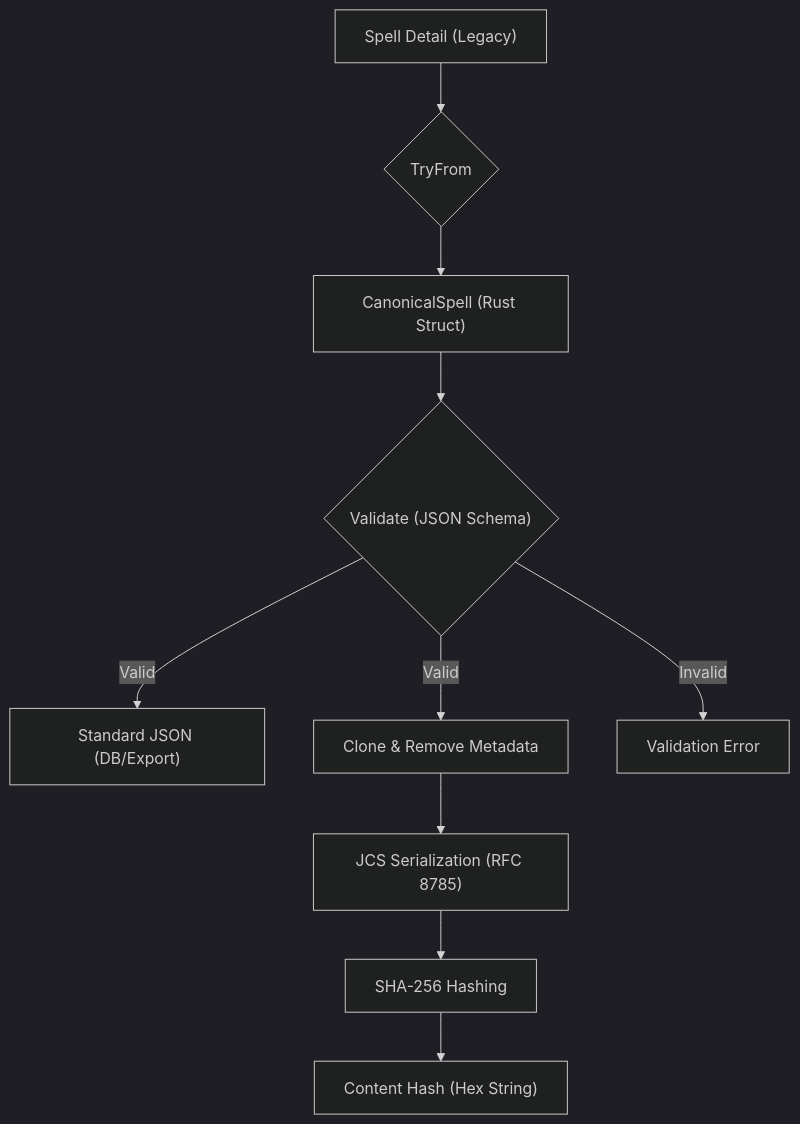
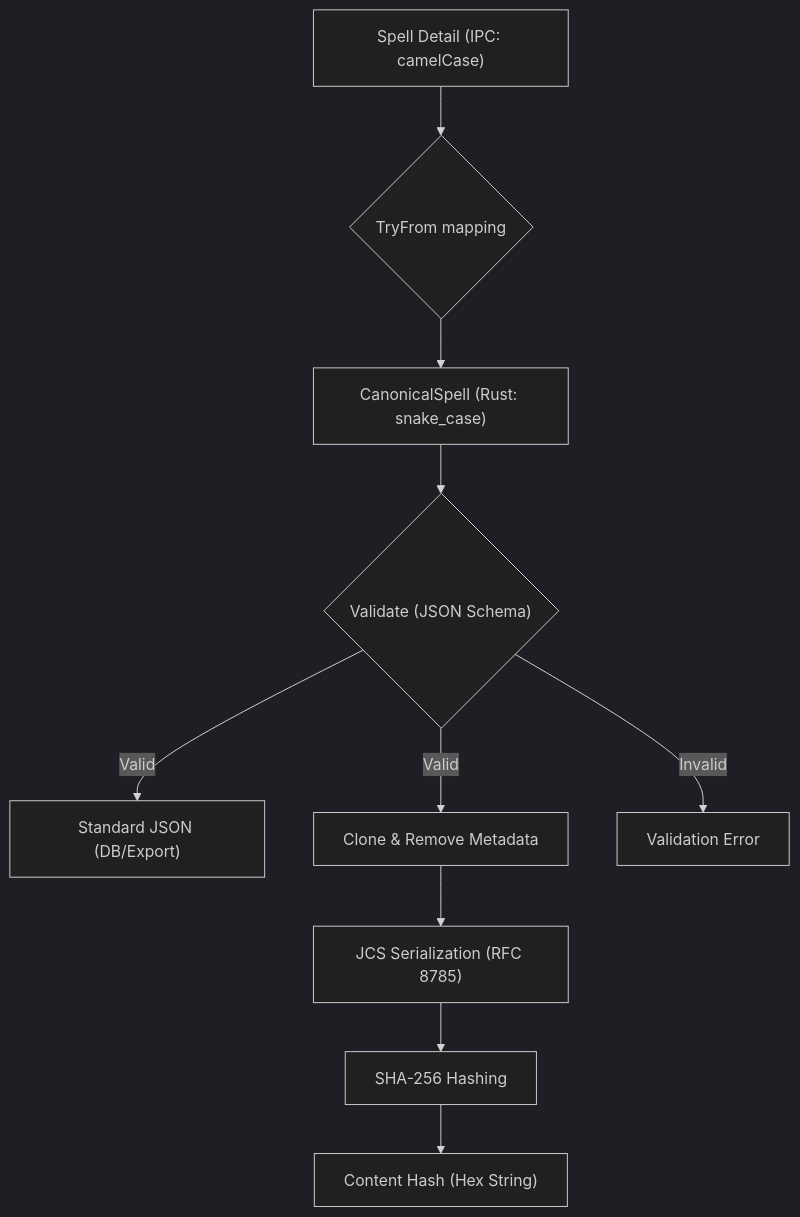
The diagram in docs/ARCHITECTURE.md (runecalico-ai/second_edition_spellbook), drawn with Mermaid (dark theme) before and after one commit. The commit also changed other lines of this file and 23 other files, not shown here.

Commit message:
Finalize camelCase remediation and documentation consolidation

````diff
--- a/docs/ARCHITECTURE.md
+++ b/docs/ARCHITECTURE.md
@@ -19,12 +20,12 @@
 ```mermaid
 graph TD
-    A["Spell Detail (Legacy)"] --> B{"TryFrom"}
-    B --> C["CanonicalSpell (Rust Struct)"]
+    A["Spell Detail (IPC: camelCase)"] --> B{"TryFrom mapping"}
+    B --> C["CanonicalSpell (Rust: snake_case)"]
     C --> D{"Validate (JSON Schema)"}
     D -->|Valid| E["Standard JSON (DB/Export)"]
     D -->|Valid| F["Clone & Remove Metadata"]
     F --> G["JCS Serialization (RFC 8785)"]
     G --> H["SHA-256 Hashing"]
     H --> I["Content Hash (Hex String)"]
     D -->|Invalid| J["Validation Error"]
 ```
````
